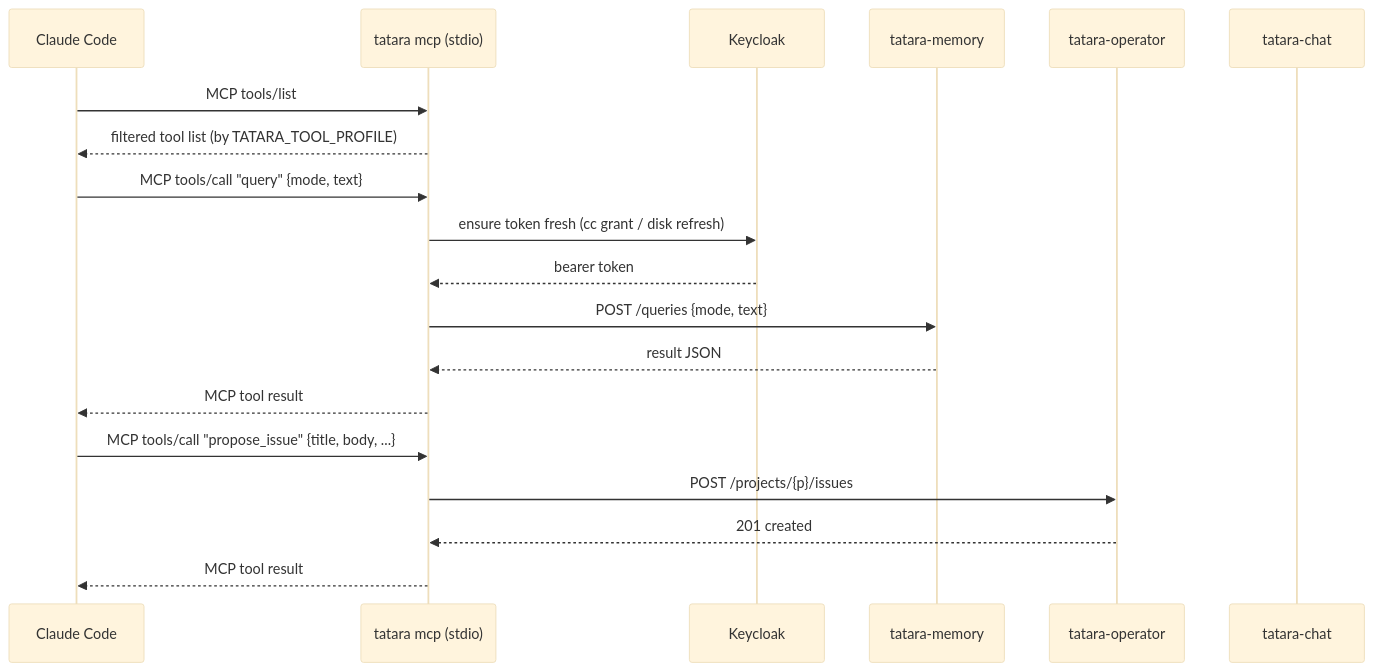
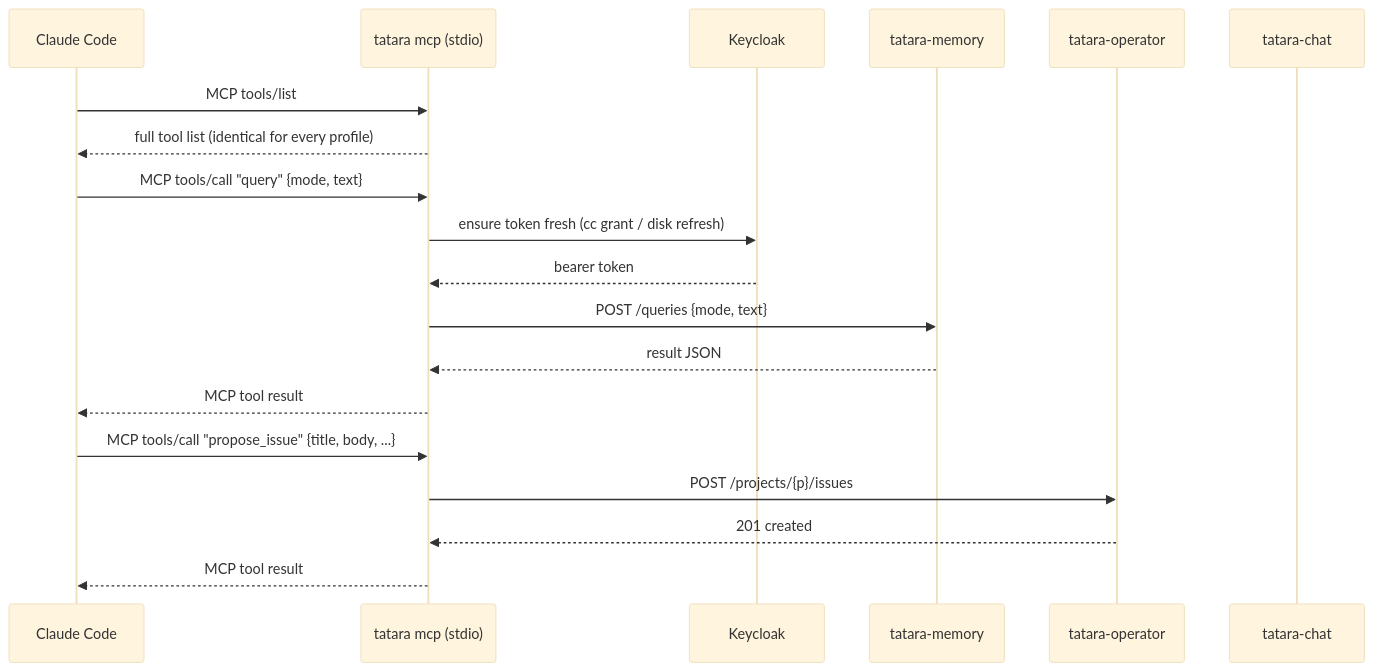
The diagram in docs/components/cli.md (szymonrychu/tatara-documentation), drawn with Mermaid (base theme) before and after one commit. The commit also changed other lines of this file and 170 other files, not shown here.

First line of the commit message:
docs: flows + MCP tool reference + tuning guide + design-doc appendix; push-CD live

````diff
--- a/docs/components/cli.md
+++ b/docs/components/cli.md
@@ -60,24 +60,24 @@
 ```mermaid
 sequenceDiagram
     participant CC as Claude Code
     participant CLI as tatara mcp (stdio)
     participant KK as Keycloak
     participant MEM as tatara-memory
     participant OP as tatara-operator
     participant CH as tatara-chat
 
     CC->>CLI: MCP tools/list
-    CLI-->>CC: filtered tool list (by TATARA_TOOL_PROFILE)
+    CLI-->>CC: full tool list (identical for every profile)
 
     CC->>CLI: MCP tools/call "query" {mode, text}
     CLI->>KK: ensure token fresh (cc grant / disk refresh)
     KK-->>CLI: bearer token
     CLI->>MEM: POST /queries {mode, text}
     MEM-->>CLI: result JSON
     CLI-->>CC: MCP tool result
 
     CC->>CLI: MCP tools/call "propose_issue" {title, body, ...}
     CLI->>OP: POST /projects/{p}/issues
     OP-->>CLI: 201 created
     CLI-->>CC: MCP tool result
 ```
````
